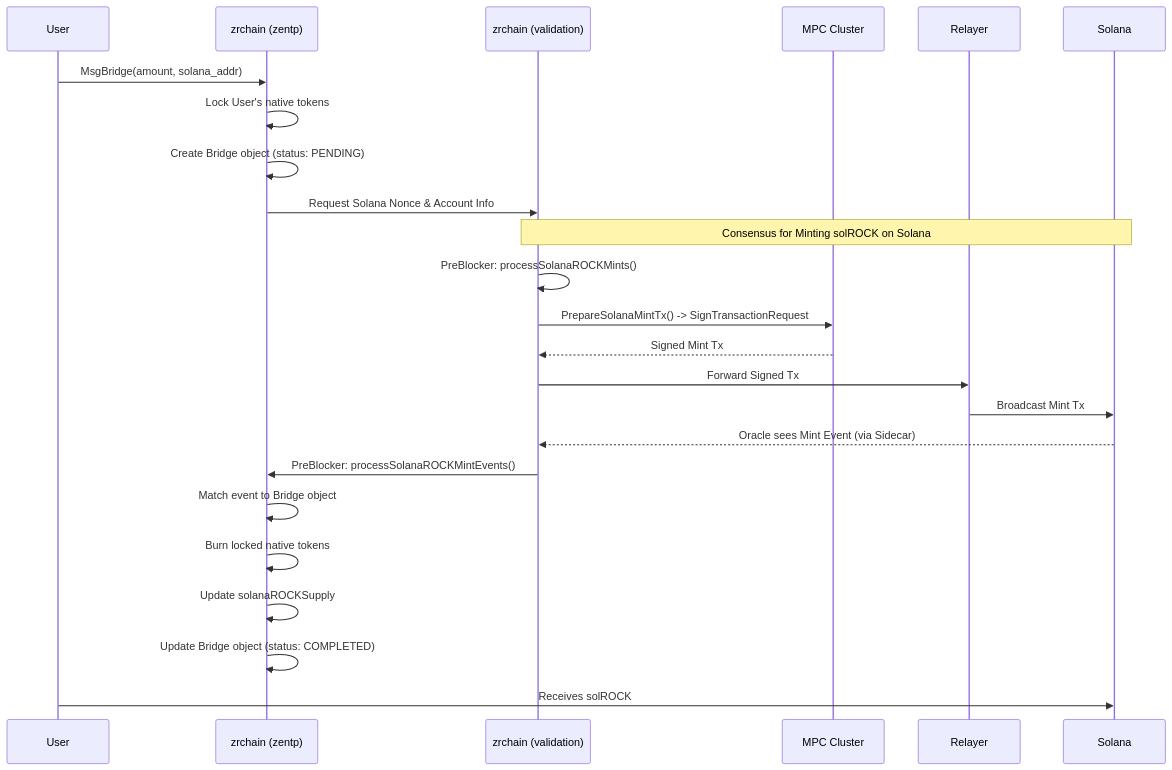
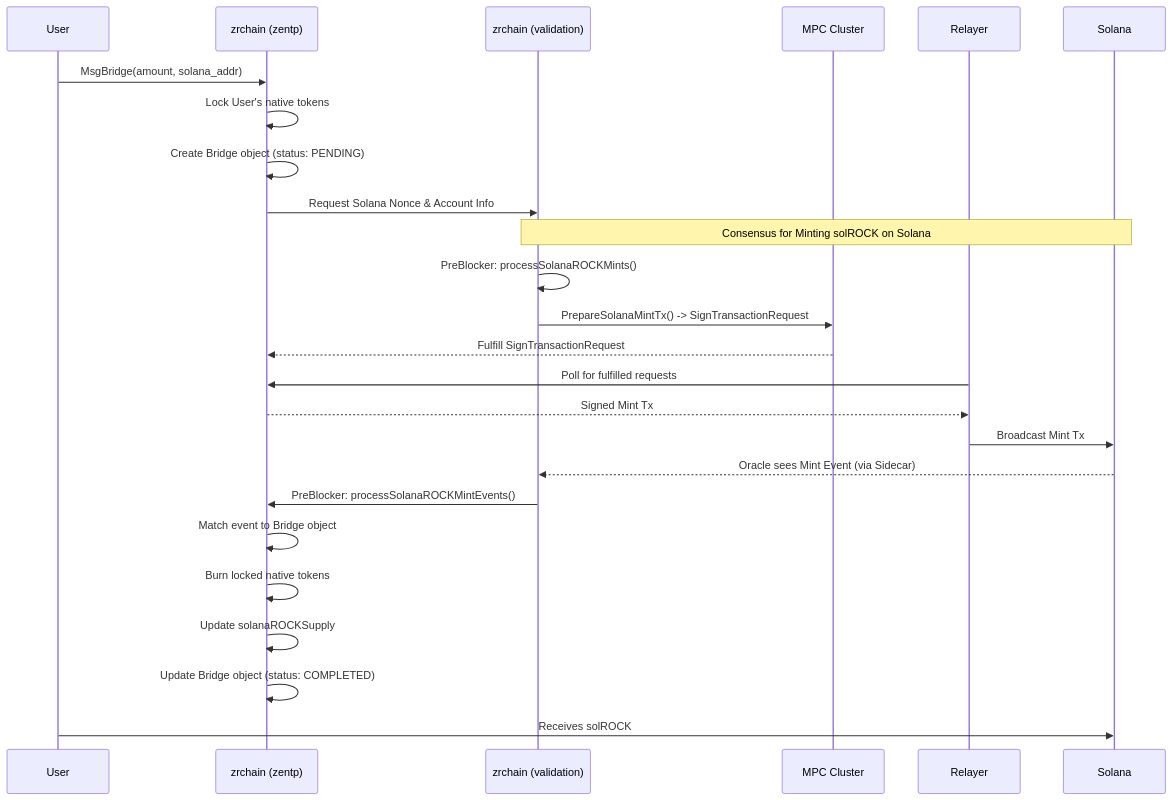
One commit to zenrocklabs/zrchain changed the third of 4 diagrams in docs/README.md. Above: the diagram before and after it, drawn with Mermaid. The commit also changed other lines of this file, not shown here.

````diff
--- a/docs/README.md
+++ b/docs/README.md
@@ -134,29 +142,30 @@
 ```mermaid
 sequenceDiagram
     participant User
     participant zrchain as zrchain (zentp)
     participant zrchain_val as zrchain (validation)
     participant MPC Cluster
     participant Relayer
     participant Solana
 
     User->>zrchain: MsgBridge(amount, solana_addr)
     zrchain->>zrchain: Lock User's native tokens
     zrchain->>zrchain: Create Bridge object (status: PENDING)
     zrchain->>zrchain_val: Request Solana Nonce & Account Info
 
     Note over zrchain_val,Solana: Consensus for Minting solROCK on Solana
     zrchain_val->>zrchain_val: PreBlocker: processSolanaROCKMints()
     zrchain_val->>MPC Cluster: PrepareSolanaMintTx() -> SignTransactionRequest
-    MPC Cluster-->>zrchain_val: Signed Mint Tx
-    zrchain_val->>Relayer: Forward Signed Tx
+    MPC Cluster-->>zrchain: Fulfill SignTransactionRequest
+    Relayer->>zrchain: Poll for fulfilled requests
+    zrchain-->>Relayer: Signed Mint Tx
     Relayer->>Solana: Broadcast Mint Tx
 
     Solana-->>zrchain_val: Oracle sees Mint Event (via Sidecar)
     zrchain_val->>zrchain: PreBlocker: processSolanaROCKMintEvents()
     zrchain->>zrchain: Match event to Bridge object
     zrchain->>zrchain: Burn locked native tokens
     zrchain->>zrchain: Update solanaROCKSupply
     zrchain->>zrchain: Update Bridge object (status: COMPLETED)
     User->>Solana: Receives solROCK
 ```
````
